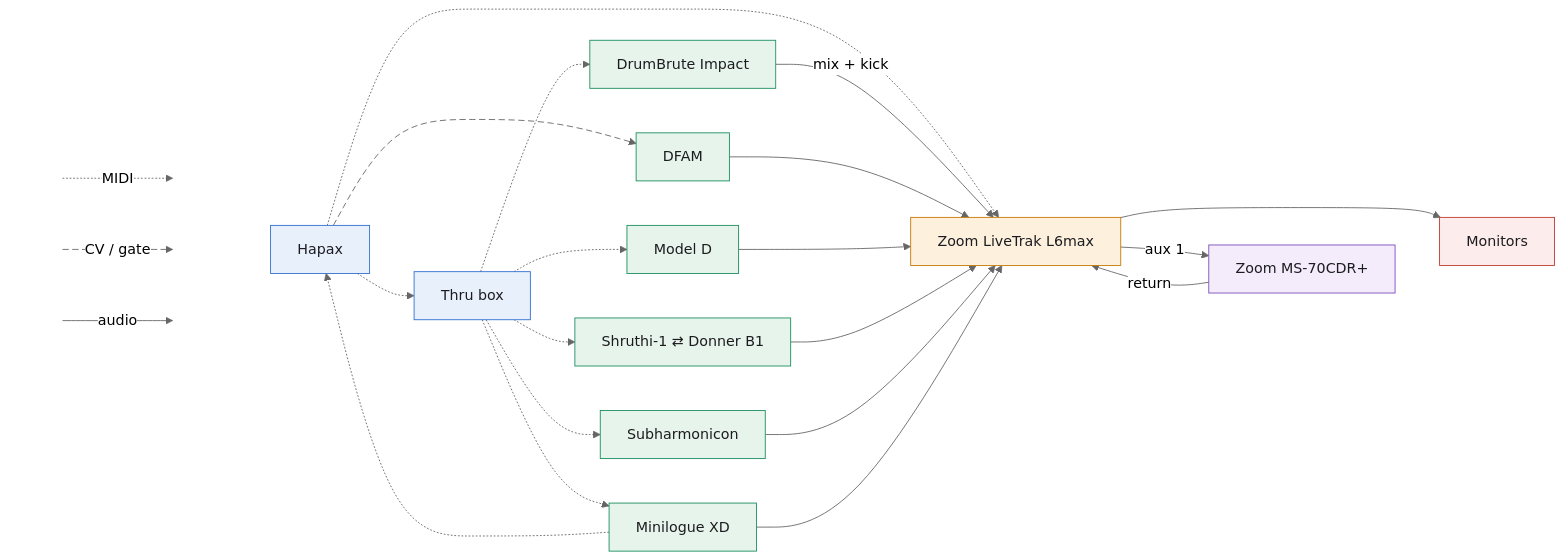
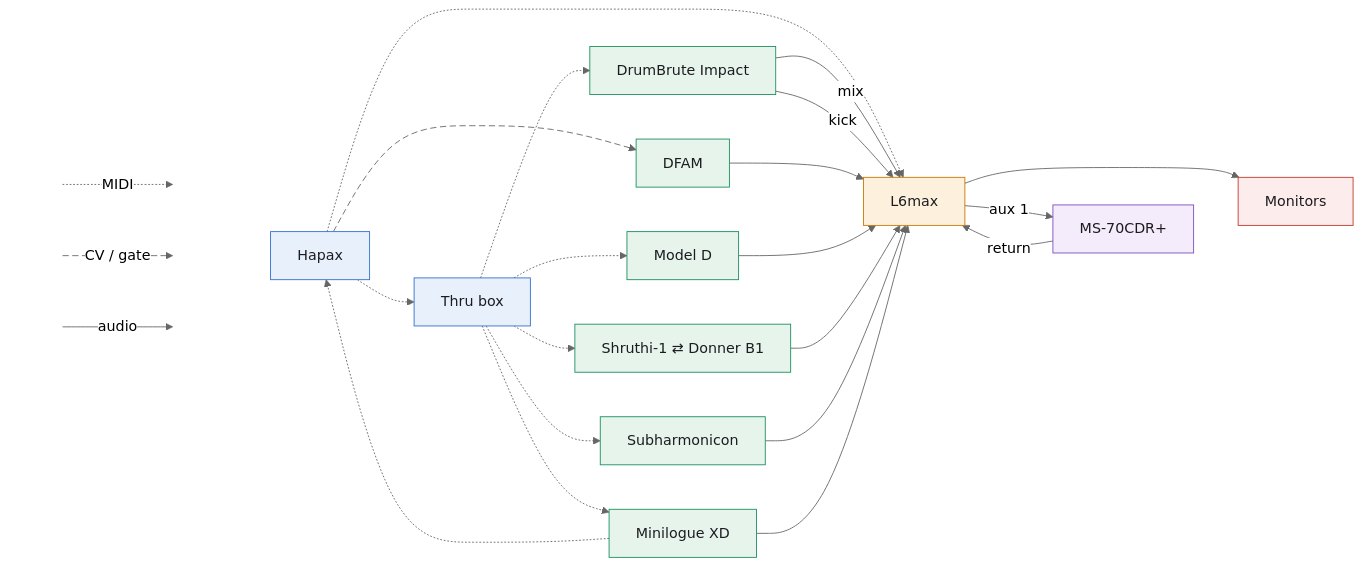
The diagram in README.md (saponace/synth-setup), drawn with Mermaid before and after one commit. The commit also changed other lines of this file, not shown here.

````diff
--- a/README.md
+++ b/README.md
@@ -1,75 +1,76 @@
 ```mermaid
 ---
 config:
   theme: neutral
   flowchart:
     curve: basis
 ---
 flowchart LR
     %% box color = kind of gear, line style = kind of signal
     classDef seq fill:#e8f0fc,stroke:#2f6fd0,color:#1c1c20
     classDef voice fill:#e7f4ec,stroke:#1a8f5f,color:#1c1c20
     classDef mix fill:#fdf1de,stroke:#c77800,color:#1c1c20
     classDef fx fill:#f4ecfb,stroke:#7c4dbd,color:#1c1c20
     classDef mon fill:#fdecec,stroke:#c0392b,color:#1c1c20
     classDef pin fill:none,stroke:none
     classDef cv stroke-dasharray: 7 4
 
     %% legend, tied to Hapax by invisible links so it lands in the left columns
     LA[" "] -. "MIDI" .-> LB[" "]
     LC[" "] k1@-- "CV / gate" --> LD[" "]
     LE[" "] -- "audio" --> LF[" "]
     LB ~~~ HAPAX
     LD ~~~ HAPAX
     LF ~~~ HAPAX
 
     HAPAX["Hapax"]
     THRU["Thru box"]
     DBI["DrumBrute Impact"]
     DFAM["DFAM"]
     MODELD["Model D"]
     SWAP["Shruthi-1 ⇄ Donner B1"]
     SUBH["Subharmonicon"]
     XD["Minilogue XD"]
-    L6["Zoom LiveTrak L6max"]
-    FX["Zoom MS-70CDR+"]
+    L6["L6max"]
+    FX["MS-70CDR+"]
     MON["Monitors"]
 
     %% ----- CV / gate -----
     HAPAX c1@--> DFAM
 
     %% ----- MIDI -----
     HAPAX -.-> THRU
     THRU -.-> DBI
     THRU -.-> MODELD
     THRU -.-> SWAP
     THRU -.-> SUBH
     THRU -.-> XD
     XD -.-> HAPAX
     HAPAX -.-> L6
 
     %% ----- audio -----
-    DBI -- "mix + kick" --> L6
+    DBI -- "mix" --> L6
+    DBI -- "kick" --> L6
     DFAM --> L6
     MODELD --> L6
     SWAP --> L6
     SUBH --> L6
     XD --> L6
     L6 -- "aux 1" --> FX
     FX -- "return" --> L6
     L6 --> MON
 
     %% ----- carry no signal, they only steer the layout -----
     %% DFAM among the voices instead of pushed to an end of the column,
     %% monitors out of the FX pedal's column
     THRU ~~~ DFAM
     FX ~~~ MON
 
     class HAPAX,THRU seq
     class DBI,DFAM,MODELD,SWAP,SUBH,XD voice
     class L6 mix
     class FX fx
     class MON mon
     class LA,LB,LC,LD,LE,LF pin
     class c1,k1 cv
 ```
````
